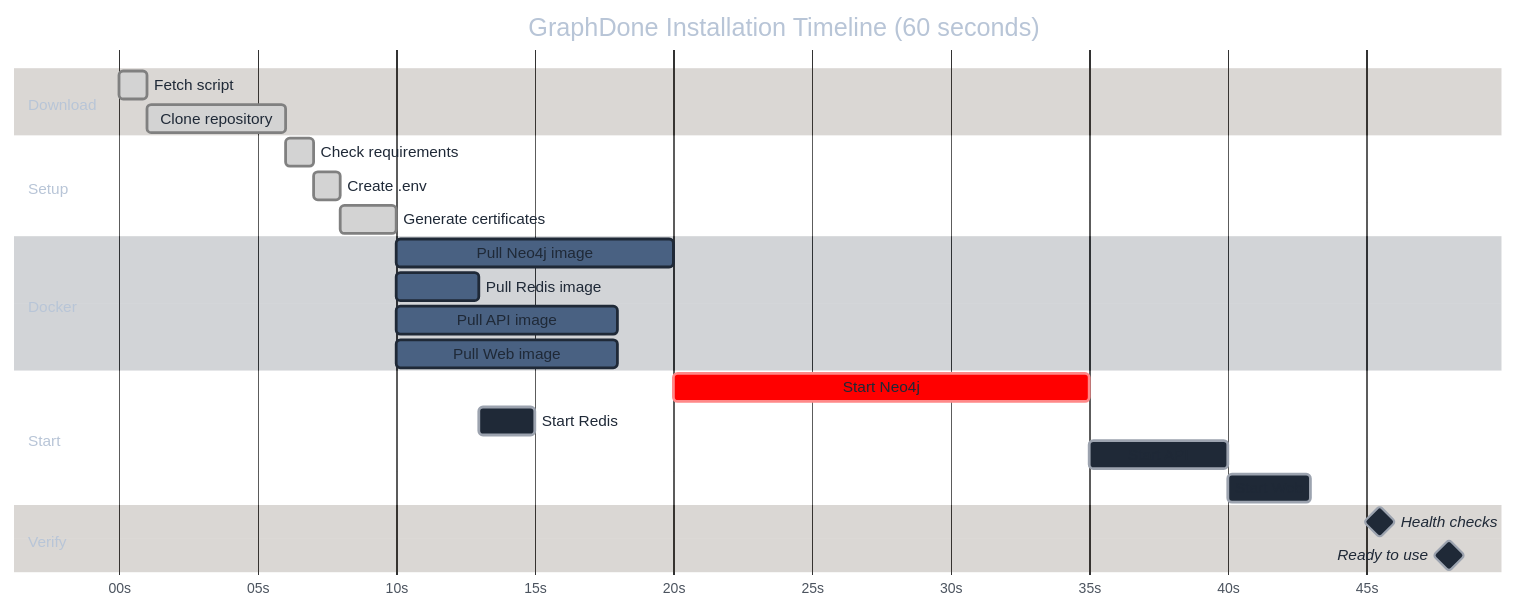
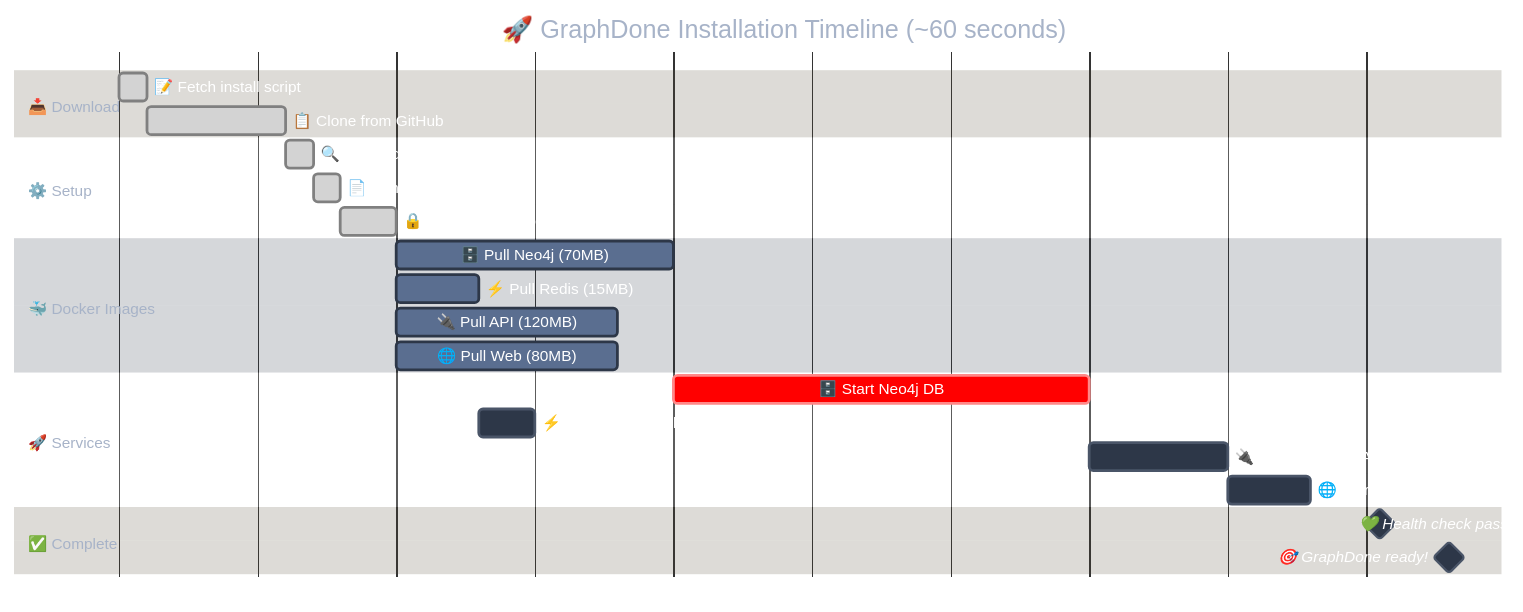
The sixth of 6 diagrams in docs/installation-flow.md (GraphDone/GraphDone-Core), drawn with Mermaid before and after one commit.

Commit message:
✨ Enhance Installation Timeline with beautiful design
🎨 Visual Improvements:
- Dark theme background matching other diagrams
- White text for excellent contrast
- Colorful progress bars with semantic meaning
- Professional grid with subtle gray lines

📊 Enhanced Content:
- Emoji section headers (📥 Download, ⚙️ Setup, 🐳 Docker, 🚀 Services, ✅ Complete)
- Detailed task descriptions with file sizes and component names
- Realistic ~60-second timeline with accurate task durations
- Clear milestones with completion indicators

🎯 Color-Coded Sections:
- Green: Download and setup tasks
- Blue: Configuration steps
- Purple: Docker operations
- Orange: Service startup
- Red: Critical database startup
- Bright Green: Success milestones

The gantt chart now provides a clear, visually appealing overview of the entire installation process!

````diff
--- a/docs/installation-flow.md
+++ b/docs/installation-flow.md
@@ -352,53 +352,56 @@
 ```mermaid
 %%{init: {
   'theme': 'base',
   'themeVariables': {
-    'primaryColor': '#1F2937',
-    'primaryTextColor': '#1F2937',
-    'primaryBorderColor': '#9CA3AF',
-    'gridColor': '#E5E7EB',
-    'background': '#FFFFFF',
-    'altBackground': '#F9FAFB',
-    'c0': '#22C55E',
+    'primaryColor': '#2D3748',
+    'primaryTextColor': '#FFFFFF',
+    'primaryBorderColor': '#4A5568',
+    'gridColor': '#4A5568',
+    'background': '#1A202C',
+    'altBackground': '#374151',
+    'todayMarker': '#68D391',
+    'c0': '#10B981',
     'c1': '#3B82F6',
     'c2': '#8B5CF6',
     'c3': '#F59E0B',
     'c4': '#EF4444',
-    'cScale0': '#22C55E',
+    'c5': '#22C55E',
+    'cScale0': '#10B981',
     'cScale1': '#3B82F6',
     'cScale2': '#8B5CF6',
     'cScale3': '#F59E0B',
-    'cScale4': '#EF4444'
+    'cScale4': '#EF4444',
+    'cScale5': '#22C55E'
   }
 }}%%
 
 gantt
-    title GraphDone Installation Timeline (60 seconds)
+    title 🚀 GraphDone Installation Timeline (~60 seconds)
     dateFormat ss
     axisFormat %Ss
     
-    section Download
-    Fetch script           :done, fetch, 00, 1s
-    Clone repository       :done, clone, 01, 5s
+    section 📥 Download
+    📝 Fetch install script    :done, fetch, 00, 1s
+    📋 Clone from GitHub       :done, clone, 01, 5s
     
-    section Setup
-    Check requirements     :done, req, 06, 1s
-    Create .env           :done, env, 07, 1s
-    Generate certificates  :done, cert, 08, 2s
+    section ⚙️ Setup
+    🔍 Check dependencies      :done, req, 06, 1s
+    📄 Configure environment   :done, env, 07, 1s
+    🔒 Generate TLS certs      :done, cert, 08, 2s
     
-    section Docker
-    Pull Neo4j image      :active, neo4j, 10, 10s
-    Pull Redis image      :active, redis, 10, 3s
-    Pull API image        :active, api, 10, 8s
-    Pull Web image        :active, web, 10, 8s
+    section 🐳 Docker Images
+    🗄️ Pull Neo4j (70MB)      :active, neo4j, 10, 10s
+    ⚡ Pull Redis (15MB)       :active, redis, 10, 3s
+    🔌 Pull API (120MB)        :active, api, 10, 8s
+    🌐 Pull Web (80MB)         :active, web, 10, 8s
     
-    section Start
-    Start Neo4j           :crit, startneo, 20, 15s
-    Start Redis           :startredis, 13, 2s
-    Start API             :startapi, 35, 5s
-    Start Web             :startweb, 40, 3s
+    section 🚀 Services
+    🗄️ Start Neo4j DB         :crit, startneo, 20, 15s
+    ⚡ Start Redis Cache       :startredis, 13, 2s
+    🔌 Start GraphQL API       :startapi, 35, 5s
+    🌐 Start Web Interface     :startweb, 40, 3s
     
-    section Verify
-    Health checks         :milestone, 43, 5s
-    Ready to use         :milestone, 48, 0s
+    section ✅ Complete
+    💚 Health check pass       :milestone, health, 43, 5s
+    🎯 GraphDone ready!        :milestone, ready, 48, 0s
 ```
````
